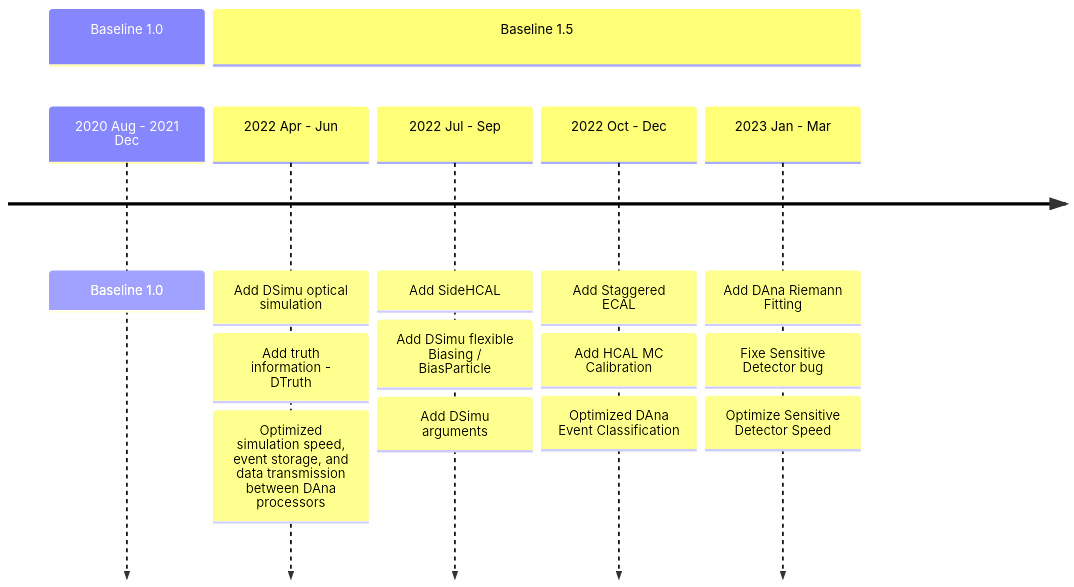
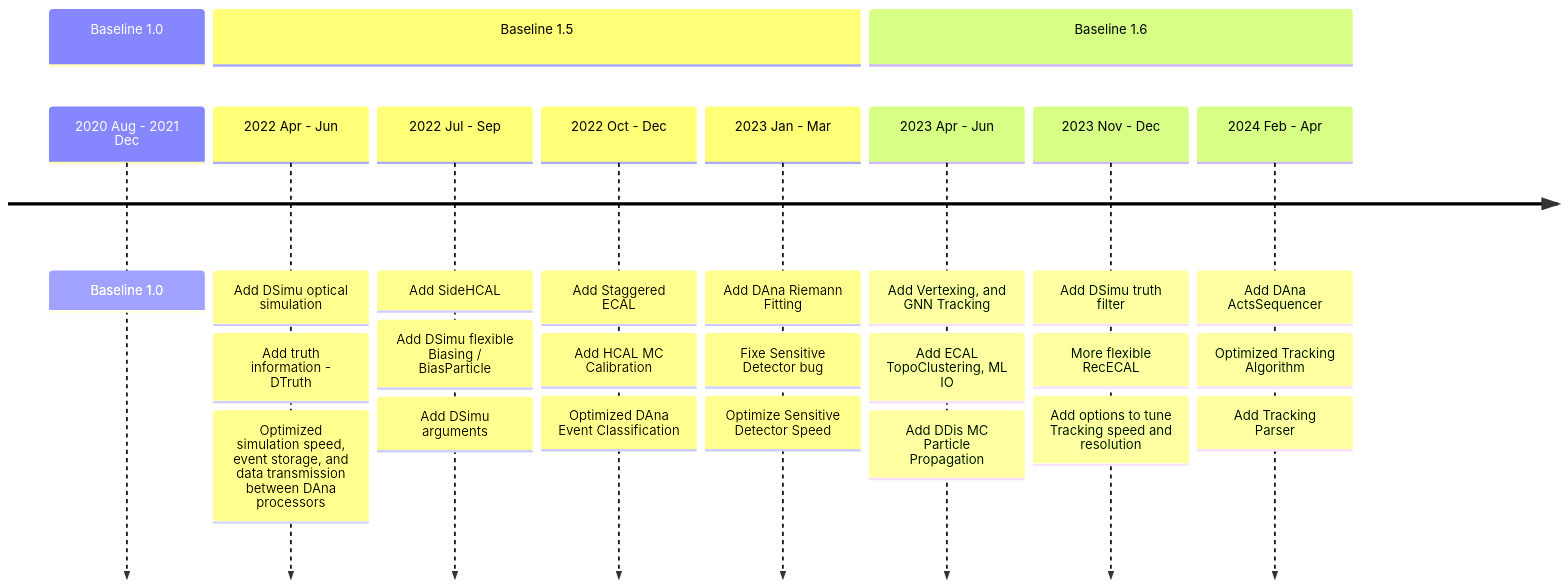
Before and after one commit to DarkSHINE-Slides-Xuliang/20240424-workshop: the second of 2 diagrams in example.md, drawn with Mermaid. The commit also changed other lines of this file and 10 other files, not shown here.

````diff
--- a/example.md
+++ b/example.md
@@ -92,18 +170,28 @@
 ```mermaid
 timeline
     section Baseline 1.0
     2020 Aug - 2021 Dec : Baseline 1.0
     section Baseline 1.5
     2022 Apr - Jun : Add DSimu optical simulation
                    : Add truth information - DTruth
                    : Optimized simulation speed, event storage, and data transmission between DAna processors
     2022 Jul - Sep : Add SideHCAL
                    : Add DSimu flexible Biasing / BiasParticle
                    : Add DSimu arguments
     2022 Oct - Dec : Add Staggered ECAL
                    : Add HCAL MC Calibration
                    : Optimized DAna Event Classification
     2023 Jan - Mar : Add DAna Riemann Fitting 
                    : Fixe Sensitive Detector bug
                    : Optimize Sensitive Detector Speed
+    section Baseline 1.6
+    2023 Apr - Jun : Add Vertexing, and GNN Tracking 
+                   : Add ECAL TopoClustering, ML IO
+                   : Add DDis MC Particle Propagation
+    2023 Nov - Dec : Add DSimu truth filter
+                   : More flexible RecECAL
+                   : Add options to tune Tracking speed and resolution
+    2024 Feb - Apr : Add DAna ActsSequencer
+                   : Optimized Tracking Algorithm
+                   : Add Tracking Parser
 ```
````
